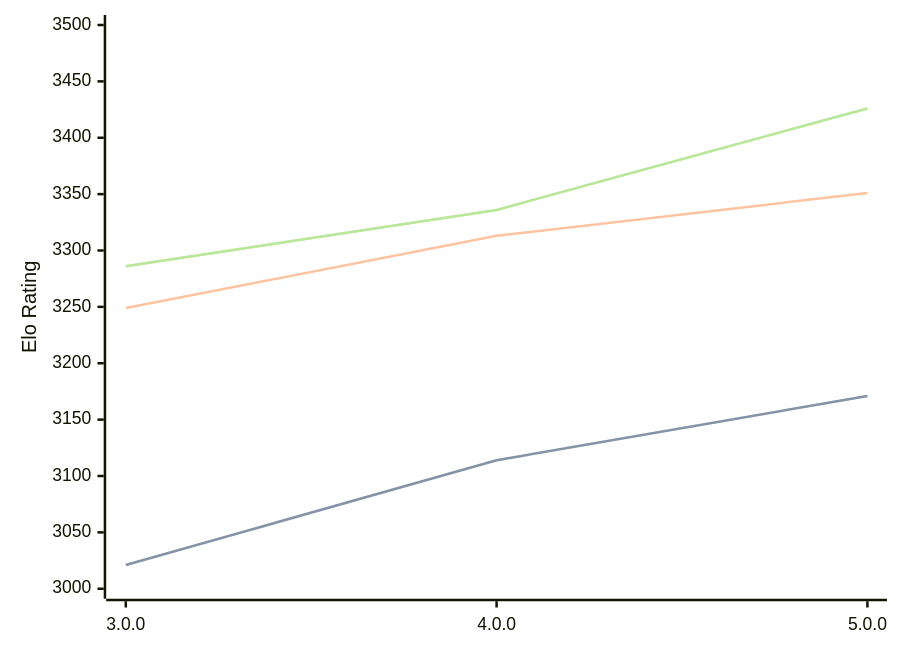
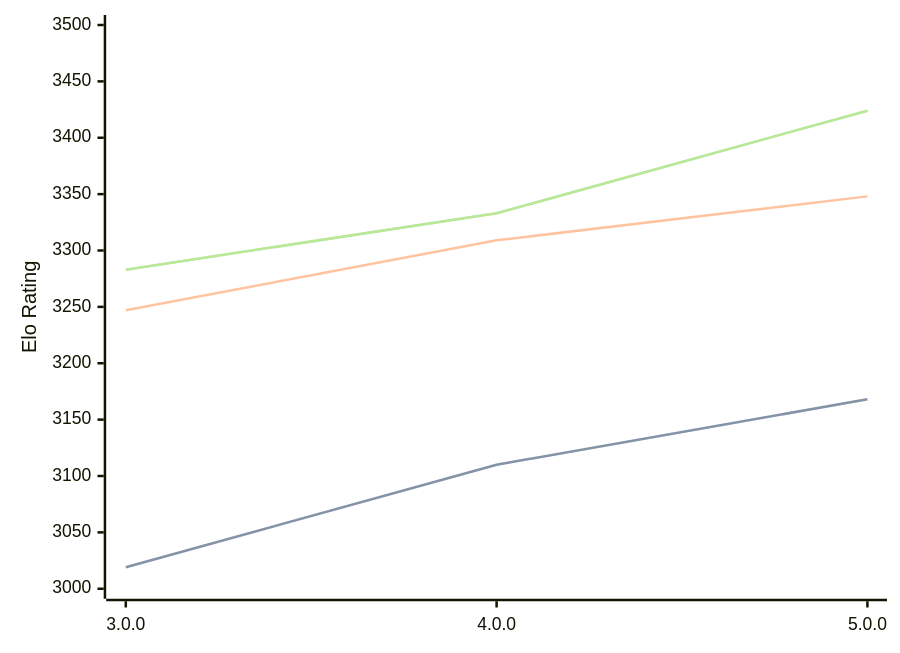
The diagram in engines/Minke.md (computer-chess-index/cci), drawn with Mermaid before and after one commit. The commit also changed other lines of this file, not shown here.

Commit message:
Update CCI Ratings (ELO VLTC) - 2026-03-10

````diff
--- a/engines/Minke.md
+++ b/engines/Minke.md
@@ -33,11 +33,11 @@
 ```mermaid
 %%{init: {"theme":"base","themeVariables":{"seriesColors:['#a3a3a3','#222221','#faa371']}}}%%
 xychart-beta
   x-axis ["3.0.0", "4.0.0", "5.0.0"]
   y-axis "Elo Rating" 3000 --> 3500
-  line "STC (8.0+0.08s)" [3021, 3114, 3171]
-  line "STC (8.0+0.08s)" [3021, 3114, 3171]
-  line "LTC (60.0+0.60s)" [3249, 3313, 3351]
-  line "VLTC (2m24s+1.12s)" [3286, 3336, 3426]
-  line "VLTC (2m24s+1.12s)" [3286, 3336, 3426]
+  line "STC (8.0+0.08s)" [3019, 3110, 3168]
+  line "STC (8.0+0.08s)" [3019, 3110, 3168]
+  line "LTC (60.0+0.60s)" [3247, 3309, 3348]
+  line "VLTC (2m24s+1.12s)" [3283, 3333, 3424]
+  line "VLTC (2m24s+1.12s)" [3283, 3333, 3424]
 ```
````
